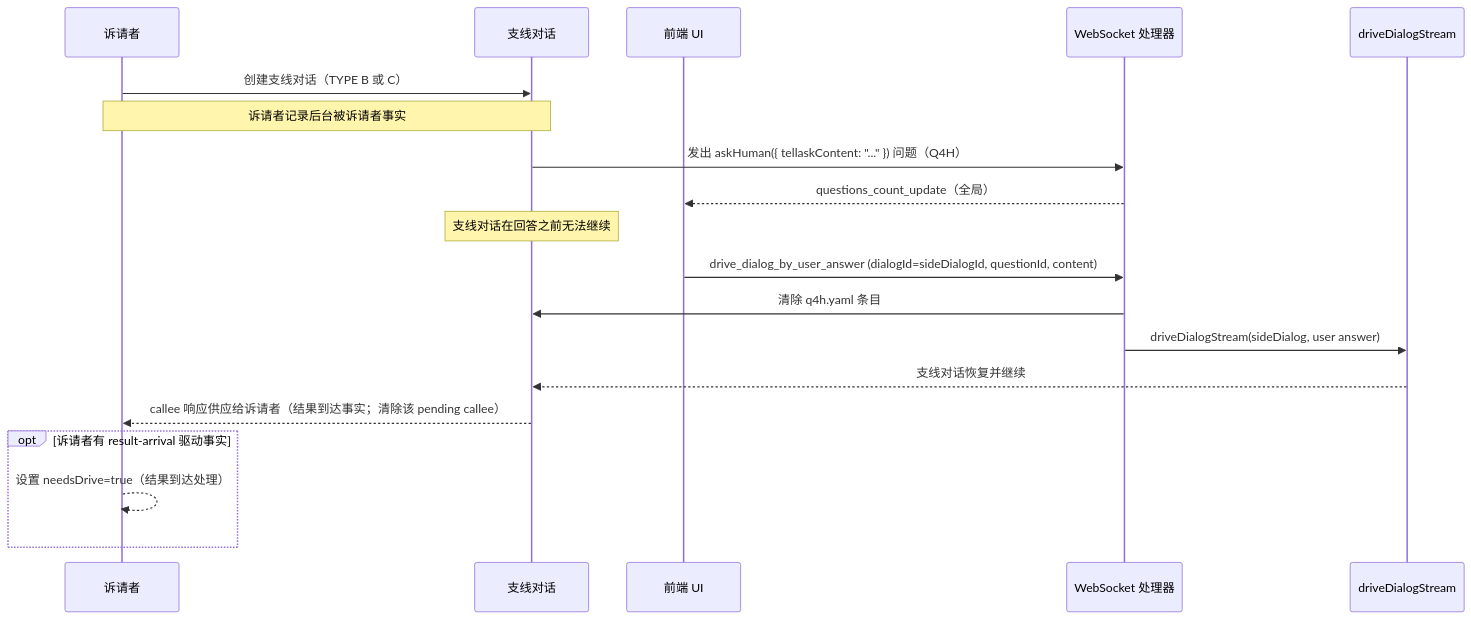
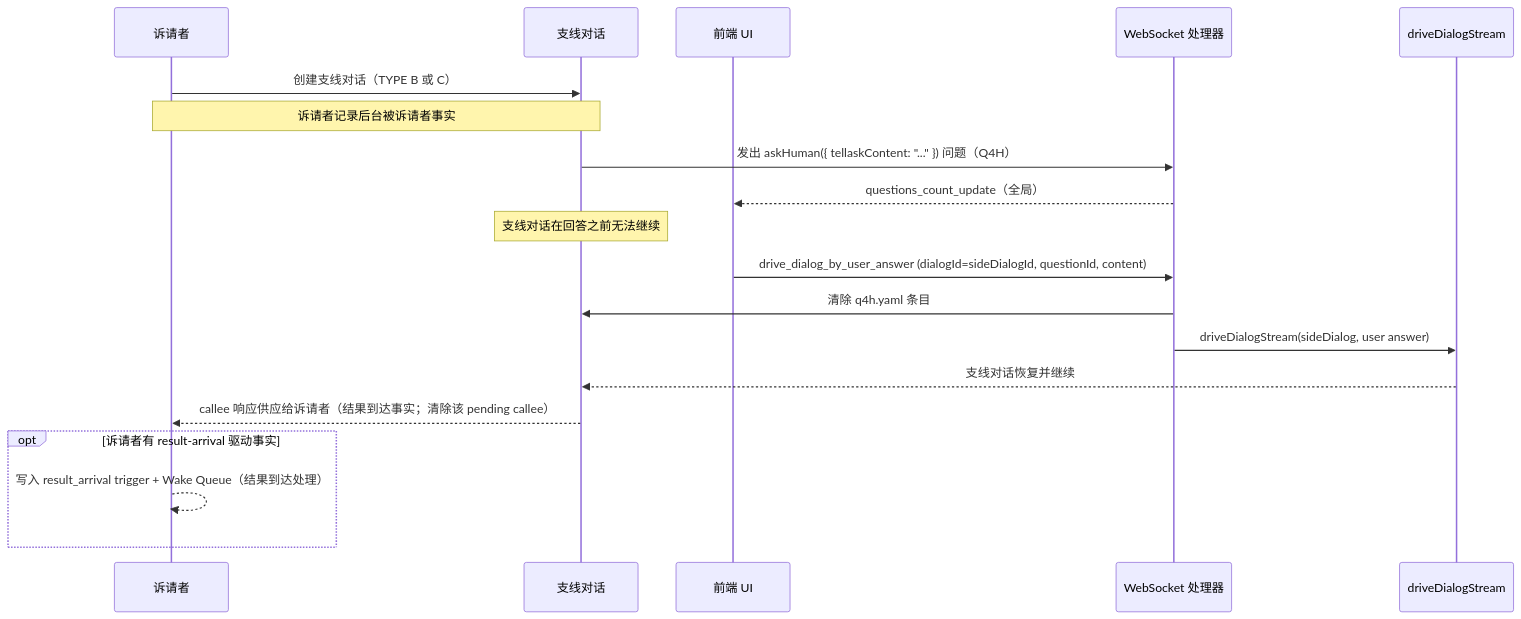
Before and after one commit to longrun-ai/dominds: diagram 15 of 19 in docs/dialog-system.zh.md, drawn with Mermaid. The commit also changed other lines of this file and 7 other files, not shown here.

````diff
--- a/docs/dialog-system.zh.md
+++ b/docs/dialog-system.zh.md
@@ -1339,25 +1339,25 @@
 ```mermaid
 sequenceDiagram
   participant Asker as 诉请者
   participant Side as 支线对话
   participant UI as 前端 UI
   participant WS as WebSocket 处理器
   participant Driver as driveDialogStream
 
   Asker->>Side: 创建支线对话（TYPE B 或 C）
   Note over Asker,Side: 诉请者记录后台被诉请者事实
   Side->>WS: 发出 askHuman({ tellaskContent: "..." }) 问题（Q4H）
   WS-->>UI: questions_count_update（全局）
 
   Note over Side: 支线对话在回答之前无法继续
 
   UI->>WS: drive_dialog_by_user_answer (dialogId=sideDialogId, questionId, content)
   WS->>Side: 清除 q4h.yaml 条目
   WS->>Driver: driveDialogStream(sideDialog, user answer)
   Driver-->>Side: 支线对话恢复并继续
   Side-->>Asker: callee 响应供应给诉请者（结果到达事实；清除该 pending callee）
 
   opt 诉请者有 result-arrival 驱动事实
-    Asker-->>Asker: 设置 needsDrive=true（结果到达处理）
+    Asker-->>Asker: 写入 result_arrival trigger + Wake Queue（结果到达处理）
   end
 ```
````
